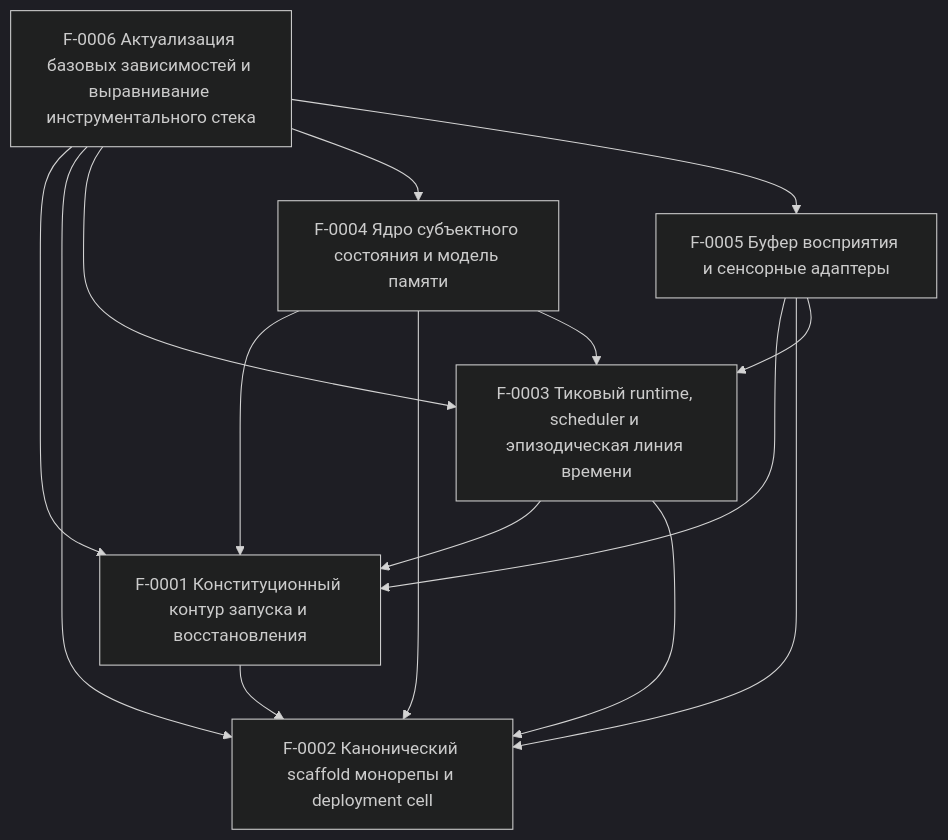
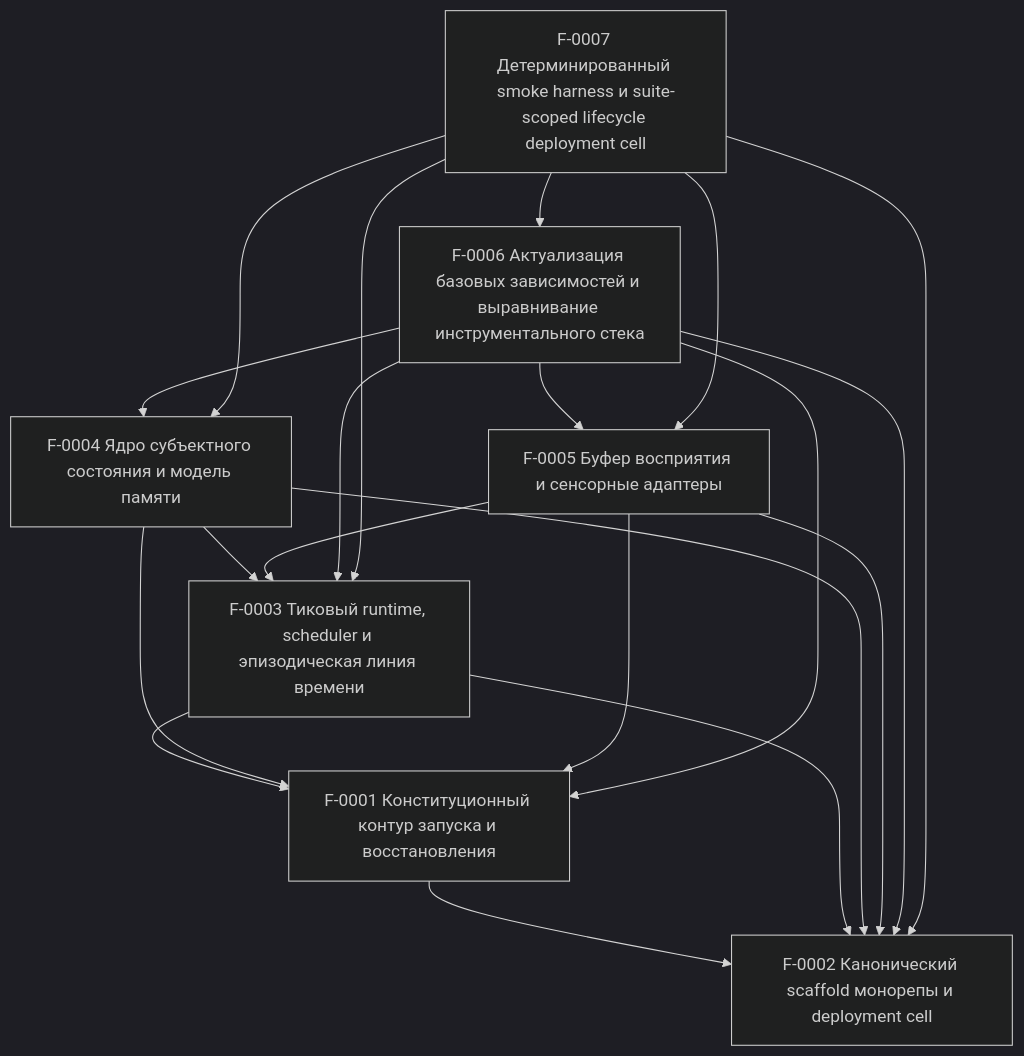
One commit to kostysh/yaagi changed the diagram in docs/ssot/index.md. Above: the diagram before and after it, drawn with Mermaid (dark theme). The commit also changed other lines of this file and 2 other files, not shown here.

Commit message:
docs: 📝 plan f-0007 smoke harness redesign

````diff
--- a/docs/ssot/index.md
+++ b/docs/ssot/index.md
@@ -24,23 +25,29 @@
 ```mermaid
 graph TD
   F0001["F-0001 Конституционный контур запуска и восстановления"]
   F0002["F-0002 Канонический scaffold монорепы и deployment cell"]
   F0003["F-0003 Тиковый runtime, scheduler и эпизодическая линия времени"]
   F0004["F-0004 Ядро субъектного состояния и модель памяти"]
   F0005["F-0005 Буфер восприятия и сенсорные адаптеры"]
   F0006["F-0006 Актуализация базовых зависимостей и выравнивание инструментального стека"]
+  F0007["F-0007 Детерминированный smoke harness и suite-scoped lifecycle deployment cell"]
   F0001 --> F0002
   F0003 --> F0001
   F0003 --> F0002
   F0004 --> F0001
   F0004 --> F0002
   F0004 --> F0003
   F0005 --> F0001
   F0005 --> F0002
   F0005 --> F0003
   F0006 --> F0001
   F0006 --> F0002
   F0006 --> F0003
   F0006 --> F0004
   F0006 --> F0005
+  F0007 --> F0002
+  F0007 --> F0003
+  F0007 --> F0004
+  F0007 --> F0005
+  F0007 --> F0006
 ```
````
